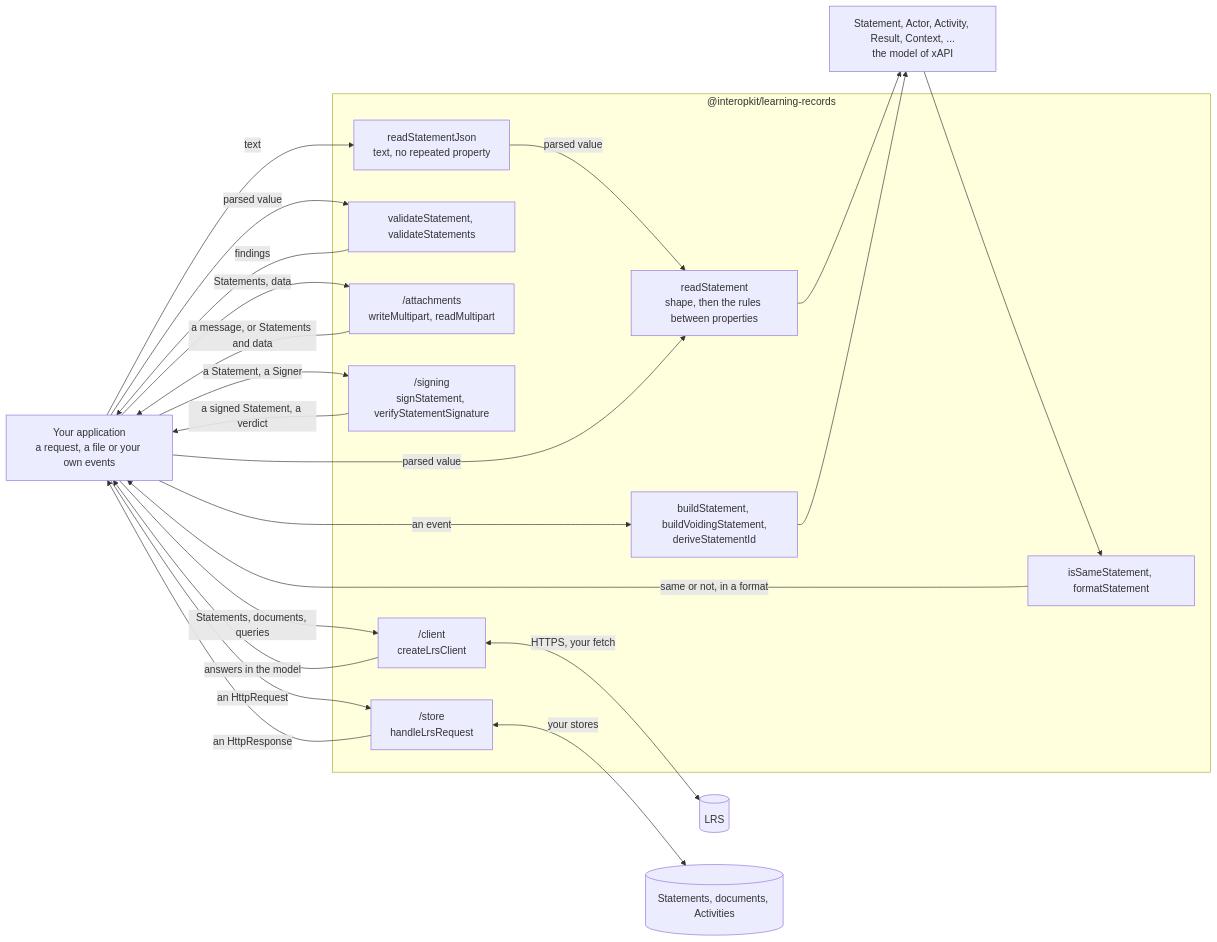
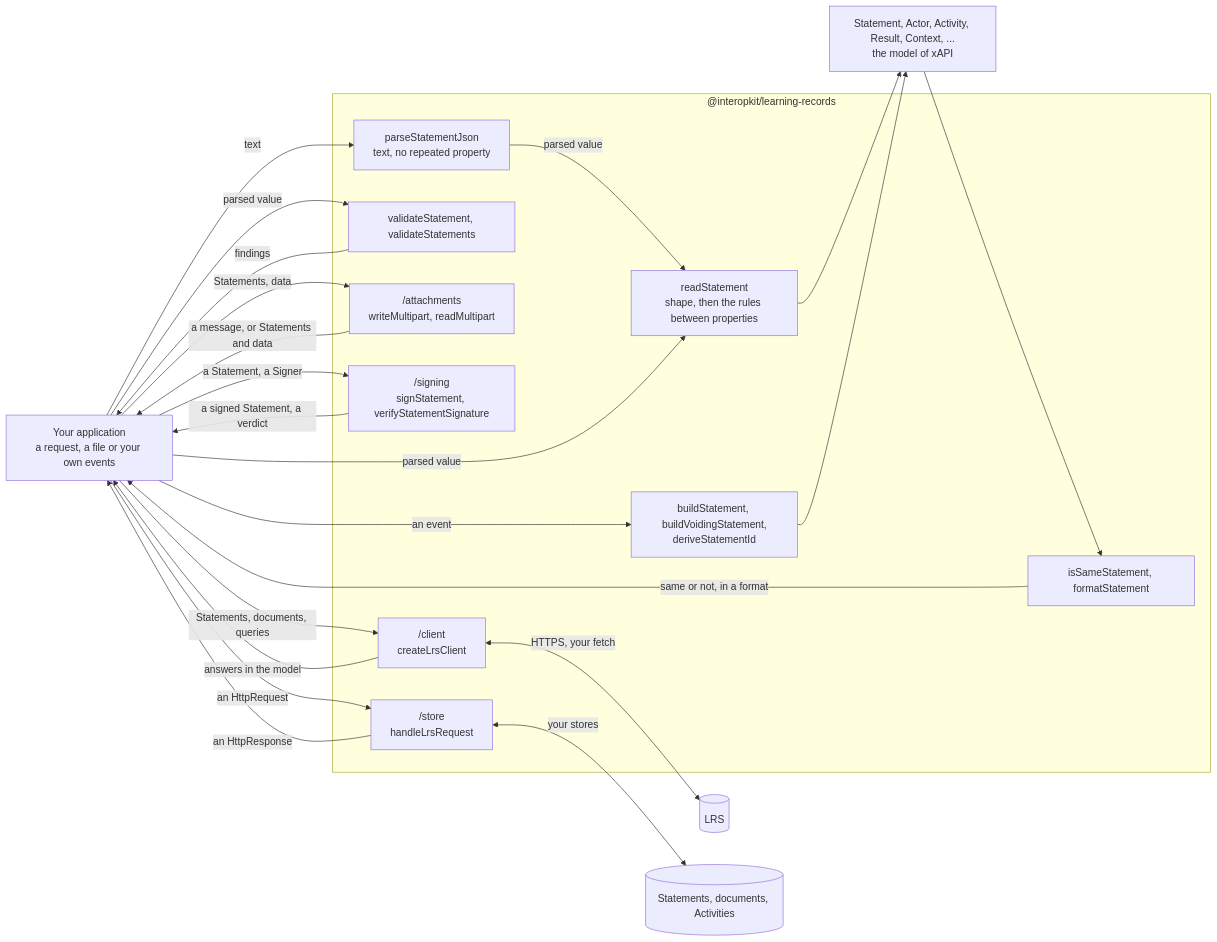
One commit to interopkit/interopkit changed the diagram in packages/learning-records/README.md. Above: the diagram before and after it, drawn with Mermaid. The commit also changed other lines of this file and 57 other files, not shown here.

First line of the commit message:
Name the cause of an access refusal by a kebab-case union, and name readStatementJson parseStatementJson

````diff
--- a/packages/learning-records/README.md
+++ b/packages/learning-records/README.md
@@ -9,36 +9,36 @@
 ```mermaid
 flowchart LR
   host["Your application<br/>a request, a file or your own events"]
   subgraph pkg["@interopkit/learning-records"]
-    json["readStatementJson<br/>text, no repeated property"]
+    json["parseStatementJson<br/>text, no repeated property"]
     read["readStatement<br/>shape, then the rules between properties"]
     validate["validateStatement, validateStatements"]
     build["buildStatement, buildVoidingStatement,<br/>deriveStatementId"]
     compare["isSameStatement, formatStatement"]
     attachments["/attachments<br/>writeMultipart, readMultipart"]
     signing["/signing<br/>signStatement, verifyStatementSignature"]
     client["/client<br/>createLrsClient"]
     store["/store<br/>handleLrsRequest"]
   end
   model["Statement, Actor, Activity, Result, Context, ...<br/>the model of xAPI"]
   host -->|"text"| json
   json -->|"parsed value"| read
   host -->|"parsed value"| read
   read --> model
   host -->|"parsed value"| validate
   validate -->|"findings"| host
   host -->|"an event"| build
   build --> model
   model --> compare
   compare -->|"same or not, in a format"| host
   host -->|"Statements, data"| attachments
   attachments -->|"a message, or Statements and data"| host
   host -->|"a Statement, a Signer"| signing
   signing -->|"a signed Statement, a verdict"| host
   host -->|"Statements, documents, queries"| client
   client -->|"answers in the model"| host
   client <-->|"HTTPS, your fetch"| lrs[("LRS")]
   host -->|"an HttpRequest"| store
   store -->|"an HttpResponse"| host
   store <-->|"your stores"| ports[("Statements, documents, Activities")]
 ```
````
